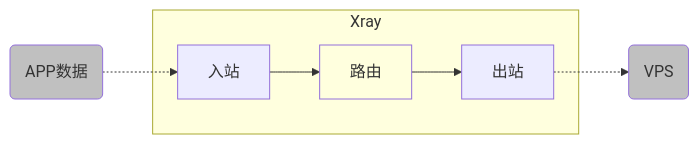
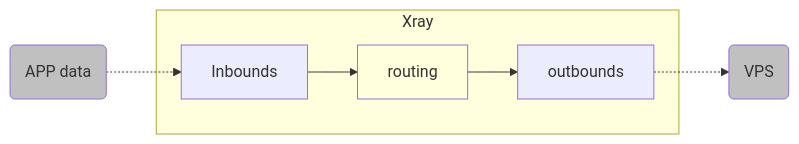
The first of 4 diagrams in docs/en/document/level-1/routing-lv1-part1.md (XTLS/Xray-docs-next), drawn with Mermaid before and after one commit. The commit also changed other lines of this file, not shown here.

````diff
--- a/docs/en/document/level-1/routing-lv1-part1.md
+++ b/docs/en/document/level-1/routing-lv1-part1.md
@@ -25,18 +25,18 @@
 ```mermaid
     graph LR;
 
-    S(APP数据) .-> I[入站]
+    S(APP data) .-> I[Inbounds]
 
     subgraph Xray
-    I --> R[路由] --> O[出站]
+    I --> R[routing] --> O[outbounds]
     end
 
     O .-> V(VPS)
 
     V:::greyclass
     S:::greyclass
     R:::routingclass
     classDef greyclass fill:#C0C0C0
     classDef routingclass fill:#FFFFDE
 
 ```
````
